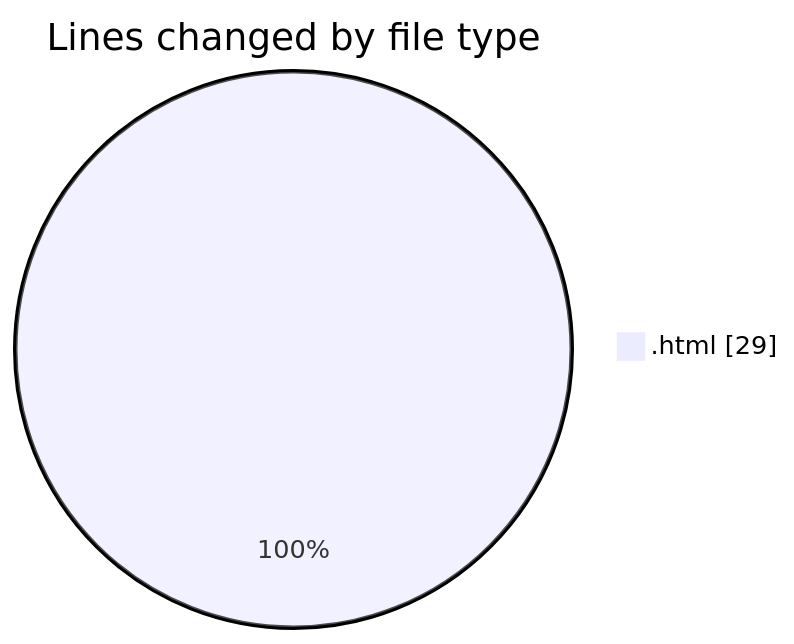
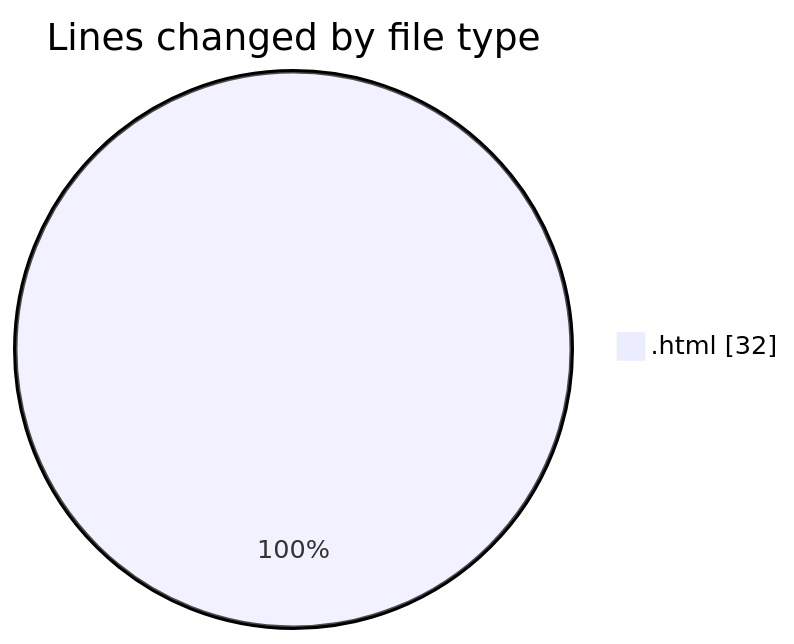
One commit to LanceThiago/code-tracking changed the first of 2 diagrams in 2025-04-29/enre_-_calculadora_de_consumo_v_2022_files/README.md. Above: the diagram before and after it, drawn with Mermaid. The commit also changed other lines of this file and 1 other file, not shown here.

````diff
--- a/2025-04-29/enre_-_calculadora_de_consumo_v_2022_files/README.md
+++ b/2025-04-29/enre_-_calculadora_de_consumo_v_2022_files/README.md
@@ -20,5 +20,5 @@
 ```mermaid
 pie showData
 title Lines changed by file type
-".html" : 29
+".html" : 32
 ```
````
